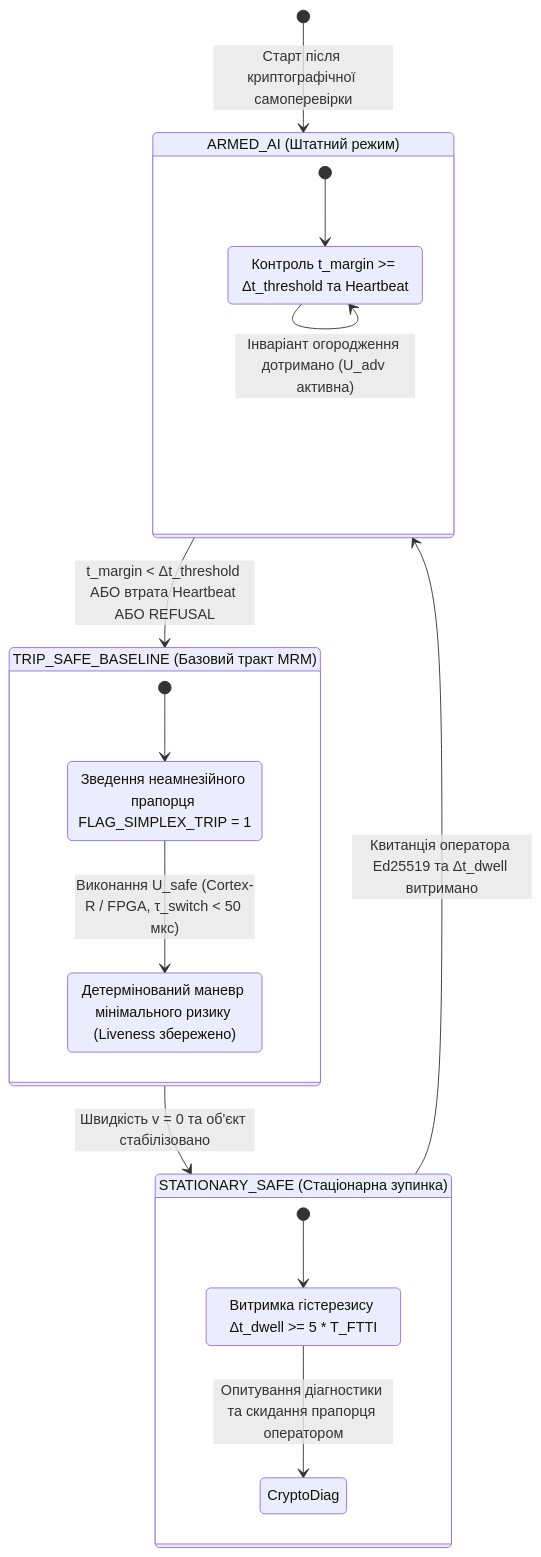
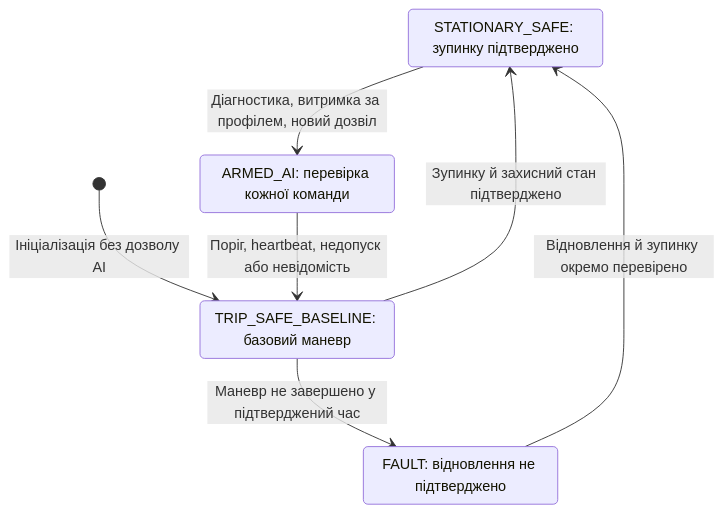
The sixth of 7 diagrams in ExpertSystem/ch28-dual-mode-expert-systems.md (nick-fedchik/articles), drawn with Mermaid before and after one commit. The commit also changed other lines of this file and 7 other files, not shown here.

````diff
--- a/ExpertSystem/ch28-dual-mode-expert-systems.md
+++ b/ExpertSystem/ch28-dual-mode-expert-systems.md
@@ -812,30 +975,15 @@
 ```mermaid
 stateDiagram-v2
-    accTitle: Гістерезисний автомат апаратного арбітра Сімплекс без граничних циклів
-    accDescr: Перехід між дорадчим керуванням ARMED_AI, захисним трактом TRIP_SAFE_BASELINE та стаціонарним безпечним станом STATIONARY_SAFE з витримкою гістерезису.
-
-    [*] --> ARMED_AI: Старт після криптографічної самоперевірки
-
-    state "ARMED_AI (Штатний режим)" as ARMED_AI {
-        [*] --> MonitorMargin
-        MonitorMargin: Контроль t_margin >= Δt_threshold та Heartbeat
-        MonitorMargin --> MonitorMargin: Інваріант огородження дотримано (U_adv активна)
-    }
-
-    state "TRIP_SAFE_BASELINE (Базовий тракт MRM)" as TRIP_SAFE_BASELINE {
-        [*] --> LatchTrip
-        LatchTrip: Зведення неамнезійного прапорця FLAG_SIMPLEX_TRIP = 1
-        LatchTrip --> ExecuteMRM: Виконання U_safe (Cortex-R / FPGA, τ_switch < 50 мкс)
-        ExecuteMRM: Детермінований маневр мінімального ризику (Liveness збережено)
-    }
-
-    state "STATIONARY_SAFE (Стаціонарна зупинка)" as STATIONARY_SAFE {
-        [*] --> DwellTimer
-        DwellTimer: Витримка гістерезису Δt_dwell >= 5 * T_FTTI
-        DwellTimer --> CryptoDiag: Опитування діагностики та скидання прапорця оператором
-    }
-
-    ARMED_AI --> TRIP_SAFE_BASELINE: t_margin < Δt_threshold АБО втрата Heartbeat АБО REFUSAL
-    TRIP_SAFE_BASELINE --> STATIONARY_SAFE: Швидкість v = 0 та об'єкт стабілізовано
-    STATIONARY_SAFE --> ARMED_AI: Квитанція оператора Ed25519 та Δt_dwell витримано
+    accTitle: Фіксація захисного переходу й окремий повторний дозвіл
+    accDescr: Початковий стан не дозволяє AI. Невідомість веде до базового тракту; повернення можливе лише після підтвердженої зупинки, діагностики та дозволу оператора.
+    state "STATIONARY_SAFE: зупинку підтверджено" as STATIONARY_SAFE
+    state "ARMED_AI: перевірка кожної команди" as ARMED_AI
+    state "TRIP_SAFE_BASELINE: базовий маневр" as TRIP_SAFE_BASELINE
+    state "FAULT: відновлення не підтверджено" as FAULT
+    [*] --> TRIP_SAFE_BASELINE: Ініціалізація без дозволу AI
+    ARMED_AI --> TRIP_SAFE_BASELINE: Поріг, heartbeat, недопуск або невідомість
+    TRIP_SAFE_BASELINE --> STATIONARY_SAFE: Зупинку й захисний стан підтверджено
+    TRIP_SAFE_BASELINE --> FAULT: Маневр не завершено у підтверджений час
+    STATIONARY_SAFE --> ARMED_AI: Діагностика, витримка за профілем, новий дозвіл
+    FAULT --> STATIONARY_SAFE: Відновлення й зупинку окремо перевірено
 ```
````
